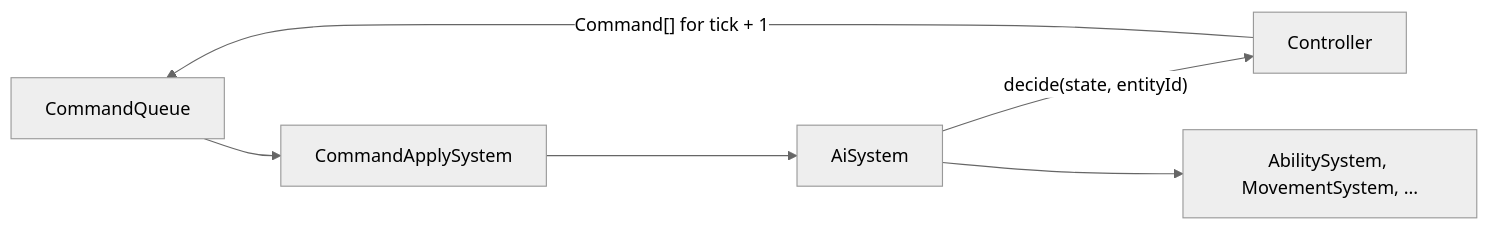
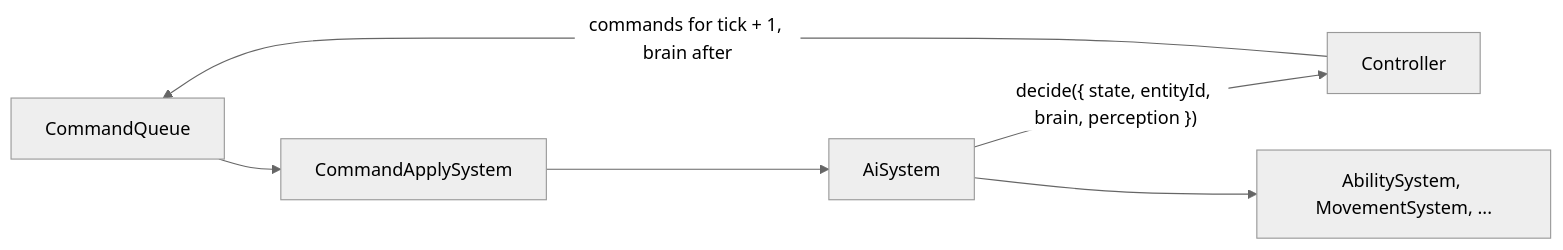
The diagram in docs/architecture/11-game-ai.md (SamarjitBhogal/eternalus), drawn with Mermaid (neutral theme) before and after one commit. The commit also changed other lines of this file and 24 other files, not shown here.

````diff
--- a/docs/architecture/11-game-ai.md
+++ b/docs/architecture/11-game-ai.md
@@ -40,8 +40,8 @@
 ```mermaid
 flowchart LR
   CQ[CommandQueue] --> CAS[CommandApplySystem]
   CAS --> AI[AiSystem]
-  AI -- "decide(state, entityId)" --> C[Controller]
-  C -- "Command[] for tick + 1" --> CQ
+  AI -- "decide({ state, entityId, brain, perception })" --> C[Controller]
+  C -- "commands for tick + 1, brain after" --> CQ
   AI --> REST[AbilitySystem, MovementSystem, ...]
 ```
````
